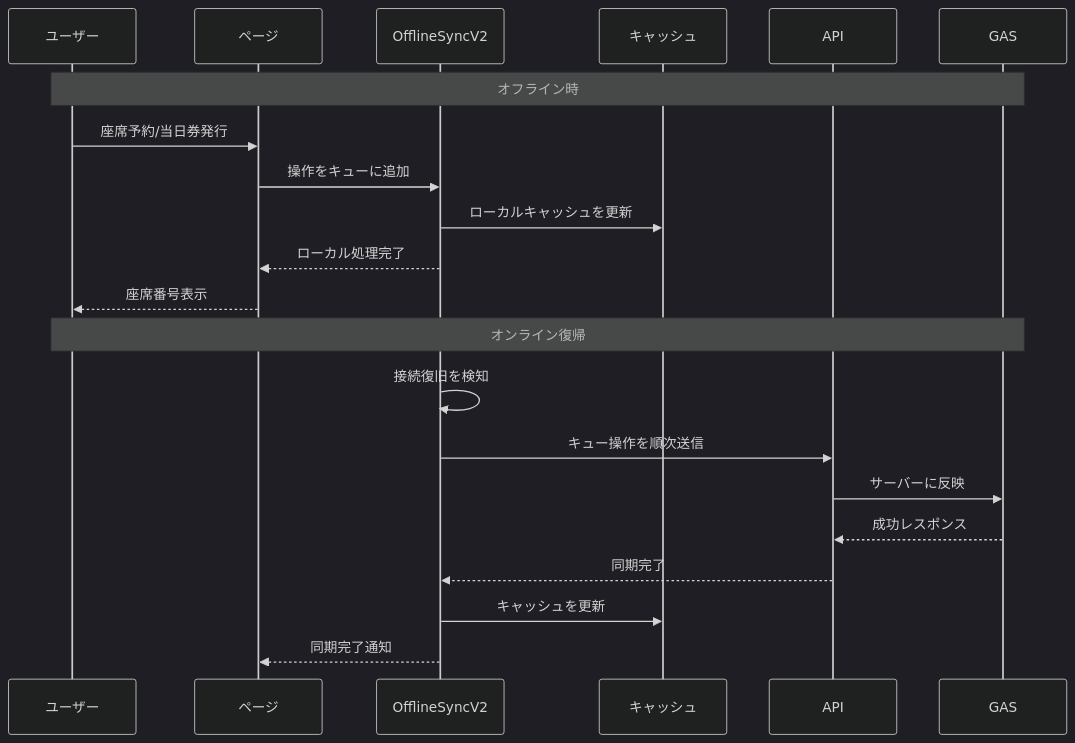
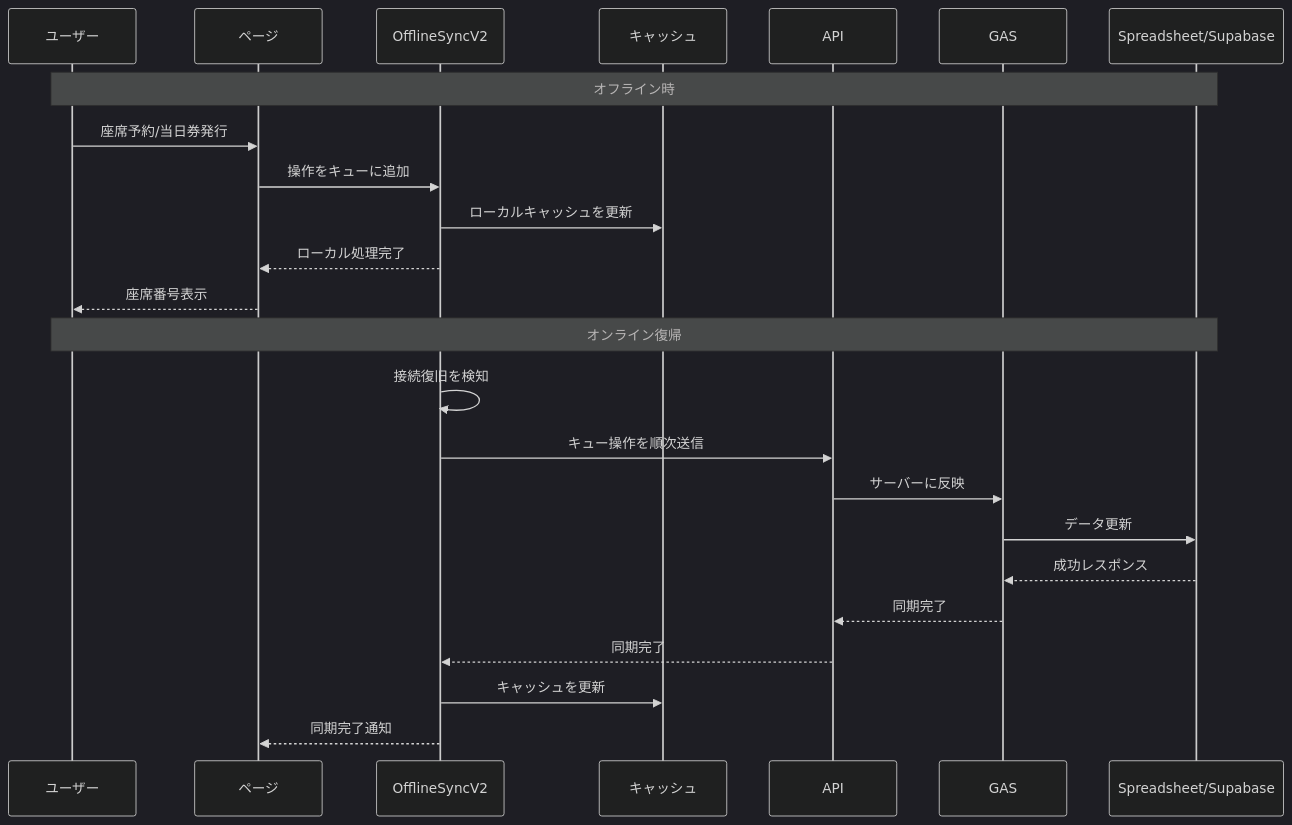
Before and after one commit to J105588/tickets-new: the third of 4 diagrams in README.md, drawn with Mermaid (dark theme). The commit also changed other lines of this file and 2 other files, not shown here.

First line of the commit message:
Enhance reservation filtering with year parameter in Supabase integration

````diff
--- a/README.md
+++ b/README.md
@@ -520,25 +634,28 @@
 ```mermaid
 sequenceDiagram
   participant U as ユーザー
   participant P as ページ
   participant O as OfflineSyncV2
   participant C as キャッシュ
   participant A as API
   participant G as GAS
+  participant S as Spreadsheet/Supabase
 
-  Note over U,G: オフライン時
+  Note over U,S: オフライン時
   U->>P: 座席予約/当日券発行
   P->>O: 操作をキューに追加
   O->>C: ローカルキャッシュを更新
   O-->>P: ローカル処理完了
   P-->>U: 座席番号表示
 
-  Note over U,G: オンライン復帰
+  Note over U,S: オンライン復帰
   O->>O: 接続復旧を検知
   O->>A: キュー操作を順次送信
   A->>G: サーバーに反映
-  G-->>A: 成功レスポンス
+  G->>S: データ更新
+  S-->>G: 成功レスポンス
+  G-->>A: 同期完了
   A-->>O: 同期完了
   O->>C: キャッシュを更新
   O-->>P: 同期完了通知
 ```
````
